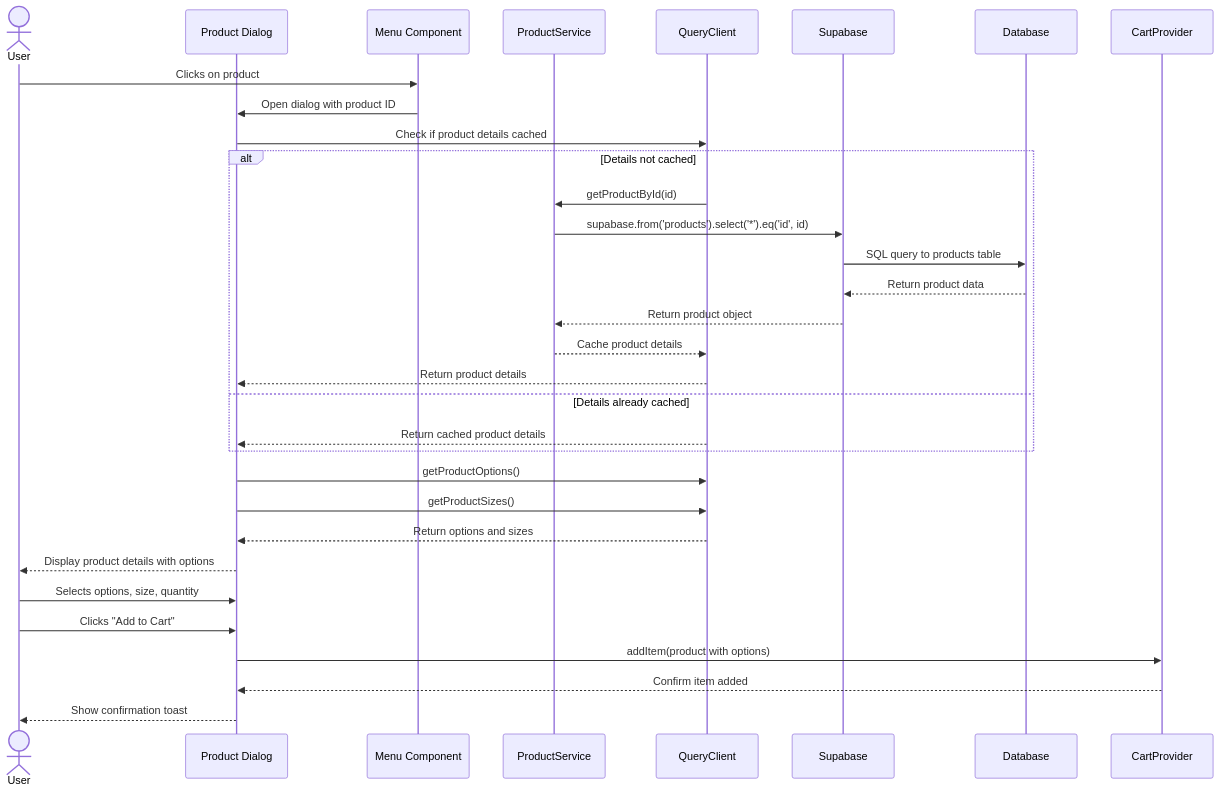
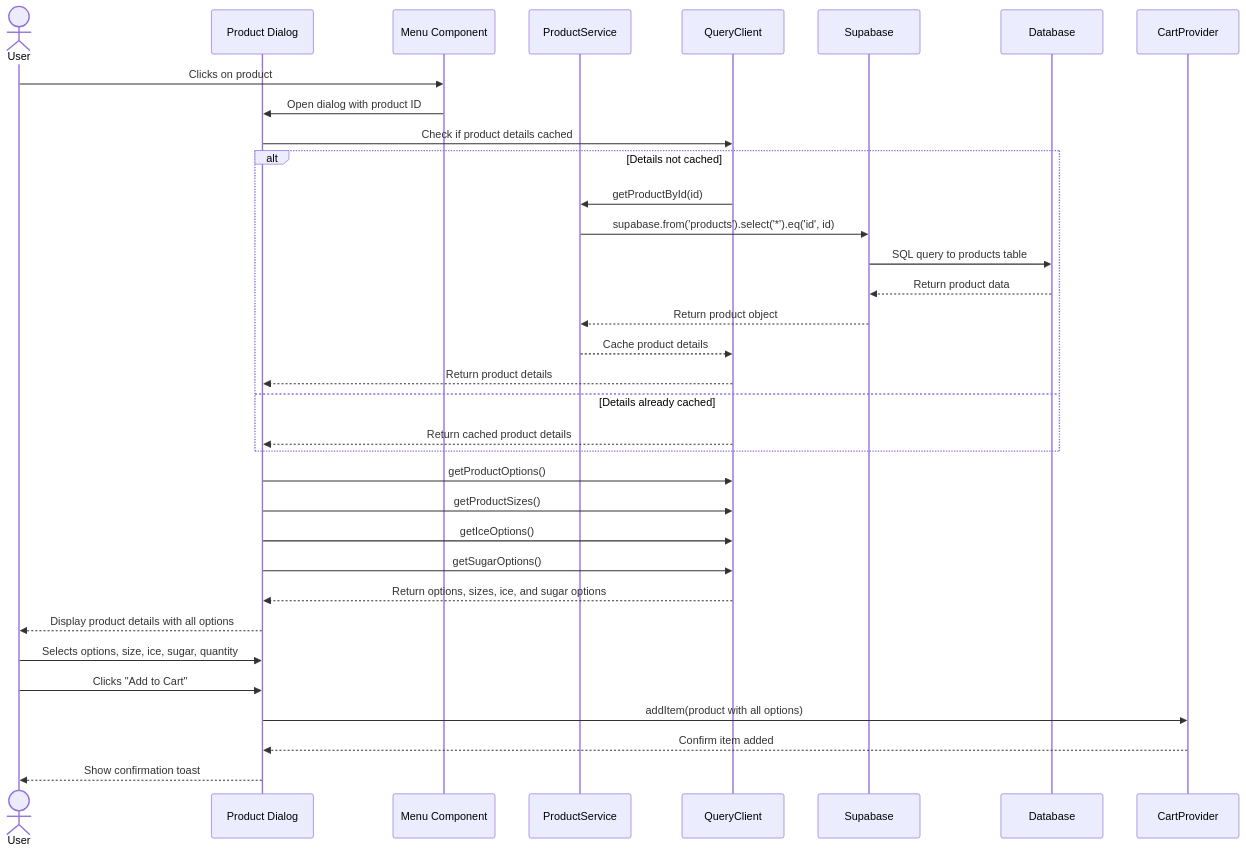
One commit to huyhuyhuy8s/Came changed the diagram in docs/sequence-diagrams/view-product-details.md. Above: the diagram before and after it, drawn with Mermaid. The commit also changed 7 other files, not shown here.

````diff
--- a/docs/sequence-diagrams/view-product-details.md
+++ b/docs/sequence-diagrams/view-product-details.md
@@ -4,36 +4,38 @@
 ```mermaid
 sequenceDiagram
     actor User
     participant UI as Product Dialog
     participant Menu as Menu Component
     participant ProductService
     participant QueryClient
     participant Supabase
     participant DB as Database
 
     User->>Menu: Clicks on product
     Menu->>UI: Open dialog with product ID
     UI->>QueryClient: Check if product details cached
     alt Details not cached
         QueryClient->>ProductService: getProductById(id)
         ProductService->>Supabase: supabase.from('products').select('*').eq('id', id)
         Supabase->>DB: SQL query to products table
         DB-->>Supabase: Return product data
         Supabase-->>ProductService: Return product object
         ProductService-->>QueryClient: Cache product details
         QueryClient-->>UI: Return product details
     else Details already cached
         QueryClient-->>UI: Return cached product details
     end
     
     UI->>QueryClient: getProductOptions()
     UI->>QueryClient: getProductSizes()
-    QueryClient-->>UI: Return options and sizes
-    UI-->>User: Display product details with options
+    UI->>QueryClient: getIceOptions()
+    UI->>QueryClient: getSugarOptions()
+    QueryClient-->>UI: Return options, sizes, ice, and sugar options
+    UI-->>User: Display product details with all options
     
-    User->>UI: Selects options, size, quantity
+    User->>UI: Selects options, size, ice, sugar, quantity
     User->>UI: Clicks "Add to Cart"
-    UI->>CartProvider: addItem(product with options)
+    UI->>CartProvider: addItem(product with all options)
     CartProvider-->>UI: Confirm item added
     UI-->>User: Show confirmation toast
 ```
````
